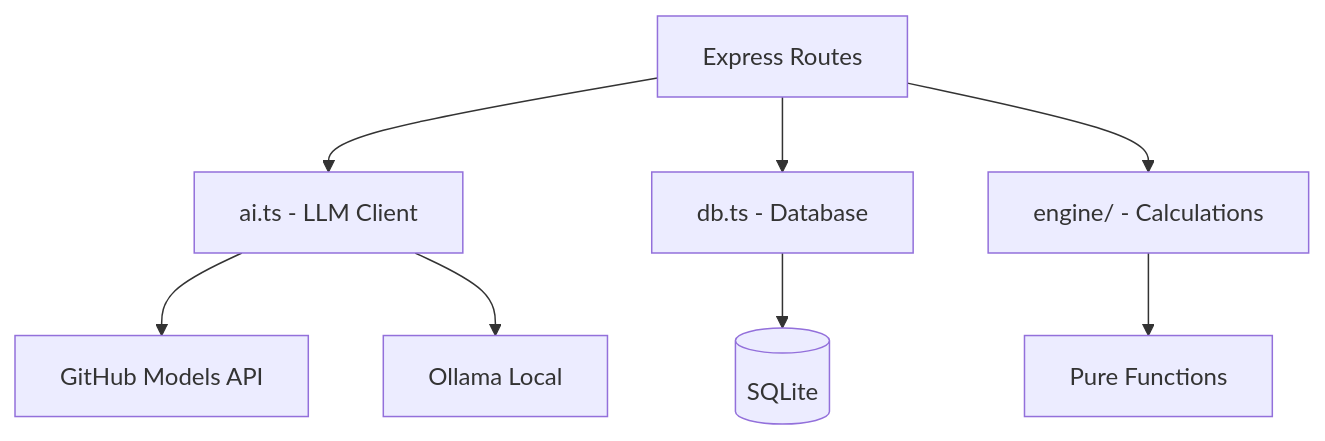
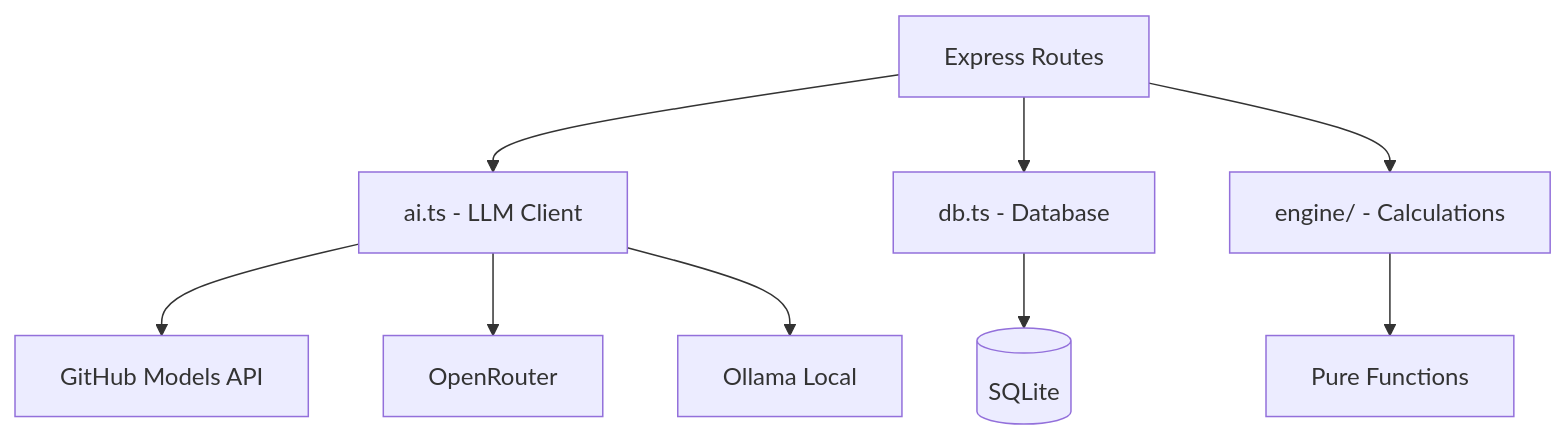
Before and after one commit to tafreeman/financial-scenario-engine: the first of 2 diagrams in docs/guide/architecture.md, drawn with Mermaid. The commit also changed other lines of this file and 9 other files, not shown here.

````diff
--- a/docs/guide/architecture.md
+++ b/docs/guide/architecture.md
@@ -70,10 +70,11 @@
 ```mermaid
 graph TD
     A[Express Routes] --> B[ai.ts - LLM Client]
     A --> C[db.ts - Database]
     A --> D[engine/ - Calculations]
     B --> E[GitHub Models API]
+    B --> O[OpenRouter]
     B --> F[Ollama Local]
     C --> G[(SQLite)]
     D --> H[Pure Functions]
 ```
````
